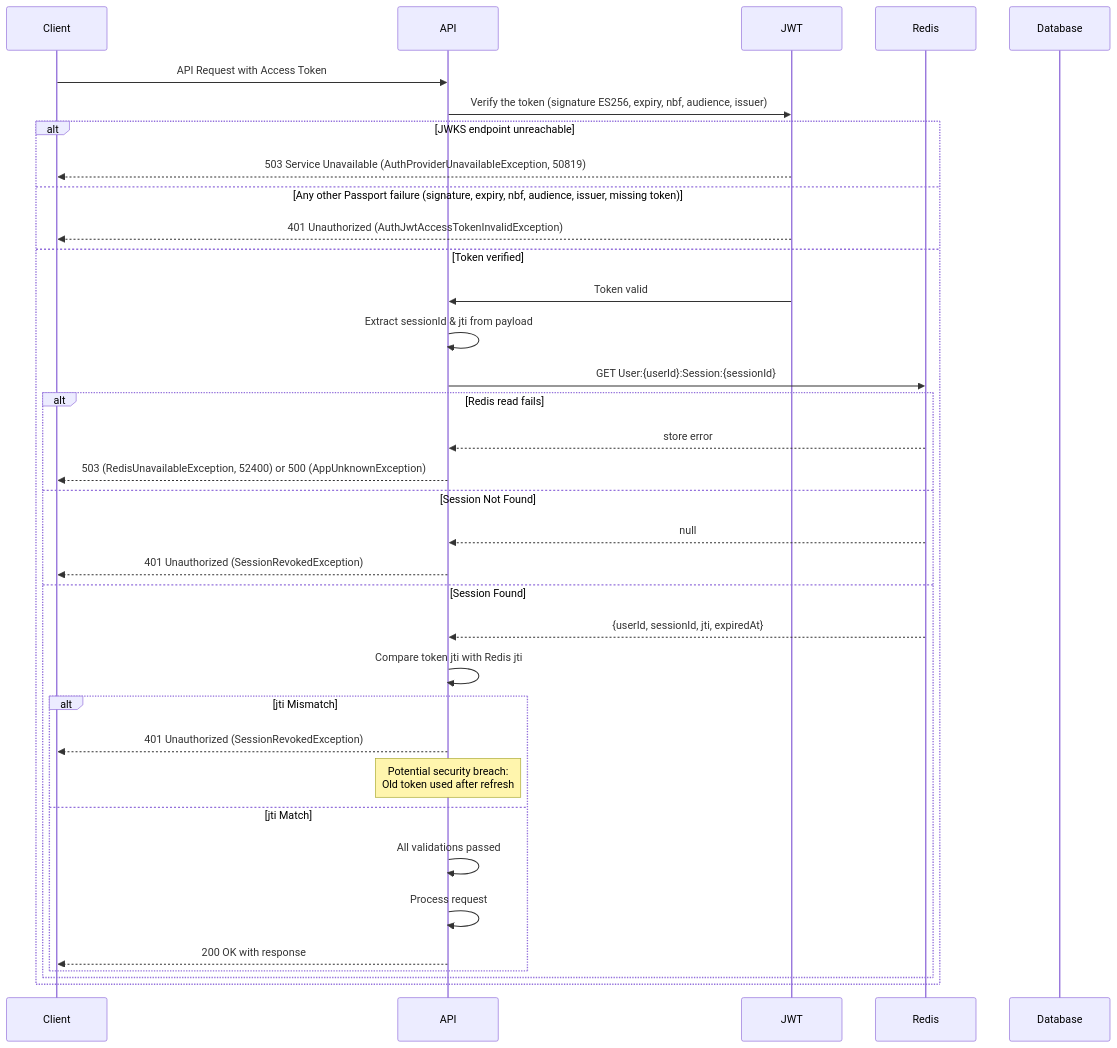
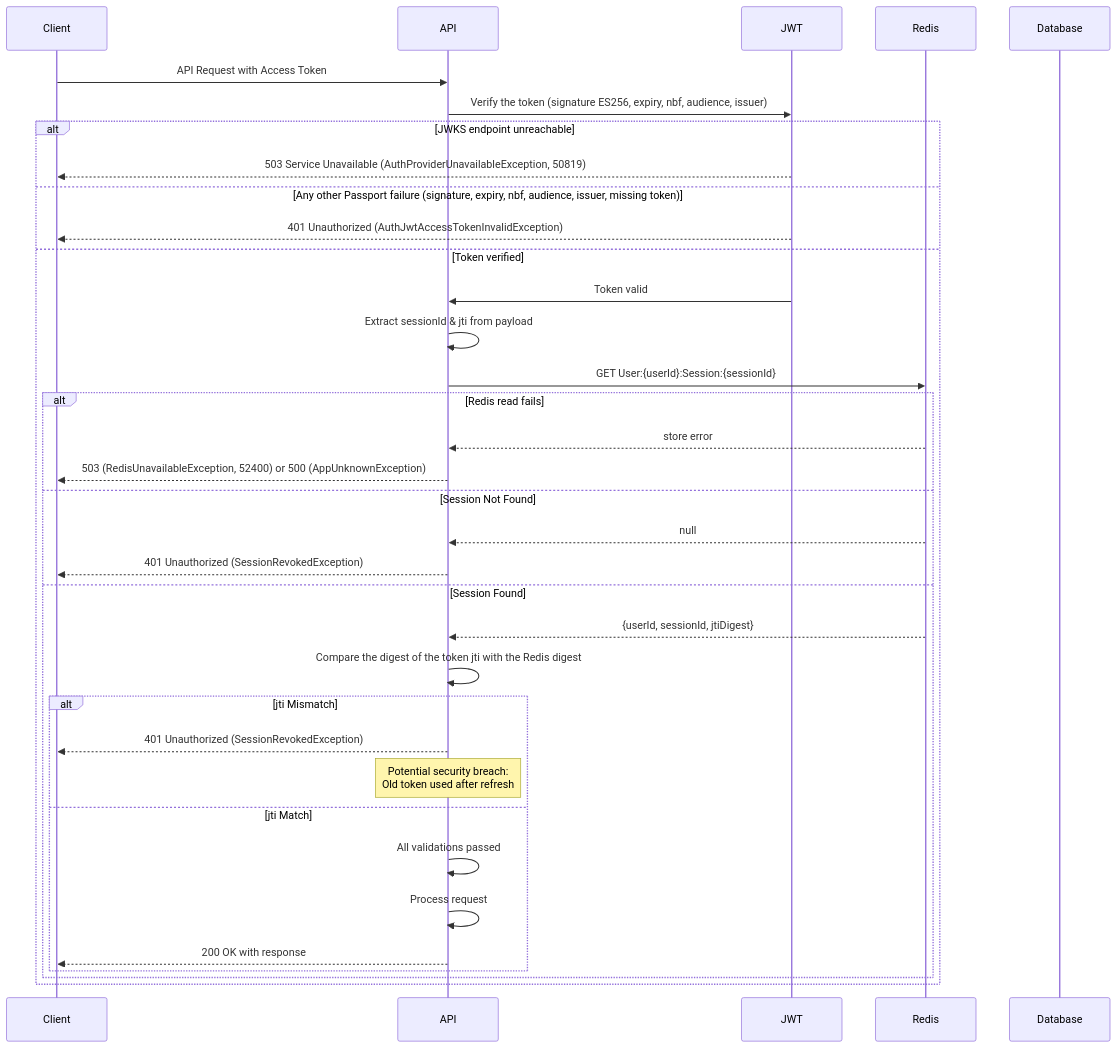
One commit to andrechristikan/ack-nestjs-boilerplate changed the tenth of 10 diagrams in docs/authentication.md. Above: the diagram before and after it, drawn with Mermaid. The commit also changed other lines of this file and 95 other files, not shown here.

````diff
--- a/docs/authentication.md
+++ b/docs/authentication.md
@@ -1603,44 +1624,44 @@
 ```mermaid
 sequenceDiagram
     participant Client
     participant API
     participant JWT
     participant Redis
     participant Database
 
     Client->>API: API Request with Access Token
 
     API->>JWT: Verify the token (signature ES256, expiry, nbf, audience, issuer)
     alt JWKS endpoint unreachable
         JWT-->>Client: 503 Service Unavailable (AuthProviderUnavailableException, 50819)
     else Any other Passport failure (signature, expiry, nbf, audience, issuer, missing token)
         JWT-->>Client: 401 Unauthorized (AuthJwtAccessTokenInvalidException)
     else Token verified
         JWT->>API: Token valid
 
         API->>API: Extract sessionId & jti from payload
 
         API->>Redis: GET User:{userId}:Session:{sessionId}
 
         alt Redis read fails
             Redis-->>API: store error
             API-->>Client: 503 (RedisUnavailableException, 52400) or 500 (AppUnknownException)
         else Session Not Found
             Redis-->>API: null
             API-->>Client: 401 Unauthorized (SessionRevokedException)
         else Session Found
-            Redis-->>API: {userId, sessionId, jti, expiredAt}
+            Redis-->>API: {userId, sessionId, jtiDigest}
 
-            API->>API: Compare token jti with Redis jti
+            API->>API: Compare the digest of the token jti with the Redis digest
 
             alt jti Mismatch
                 API-->>Client: 401 Unauthorized (SessionRevokedException)
                 Note over API: Potential security breach:<br/>Old token used after refresh
             else jti Match
                 API->>API: All validations passed
                 API->>API: Process request
                 API-->>Client: 200 OK with response
             end
         end
     end
 ```
````
